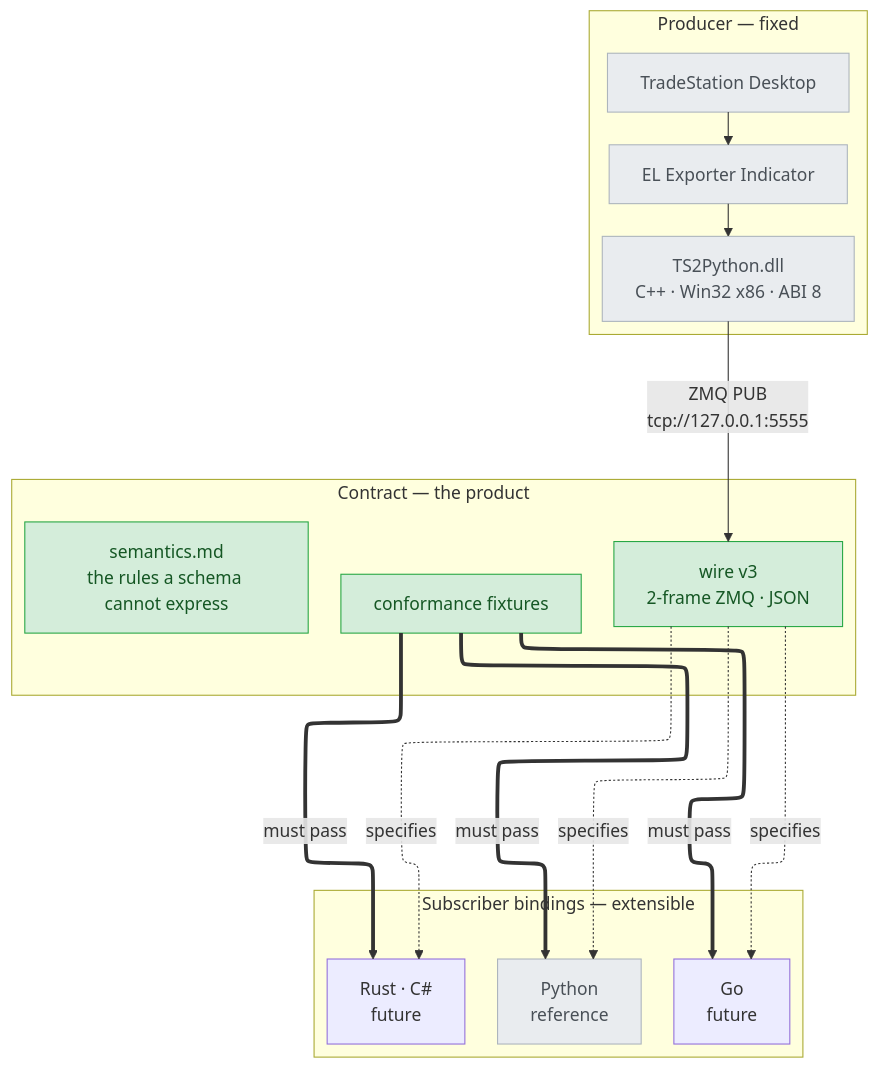
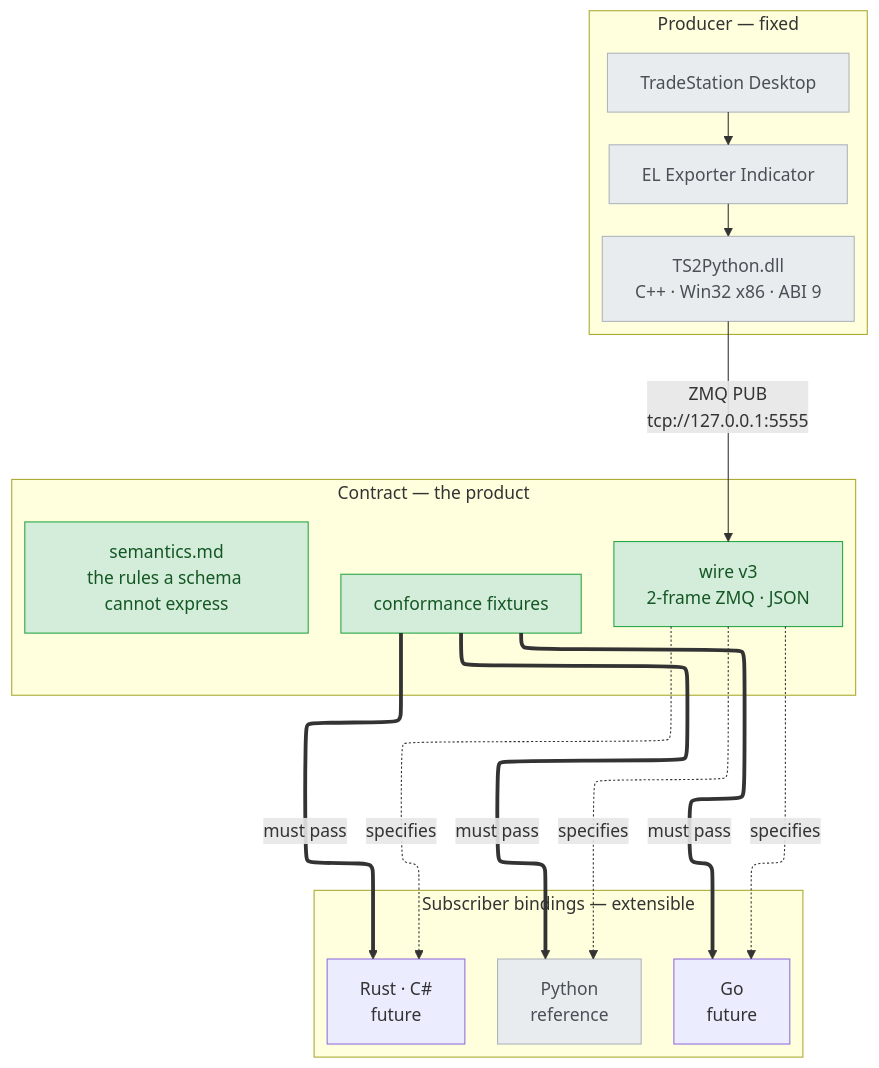
The diagram in README.md (millerlai/tradestation-data-provider), drawn with Mermaid before and after one commit. The commit also changed 47 other files, not shown here.

````diff
--- a/README.md
+++ b/README.md
@@ -14,38 +14,38 @@
 ```mermaid
 ---
 config:
   flowchart:
     defaultRenderer: elk
 ---
 flowchart TB
     subgraph PROD["Producer — fixed"]
         direction TB
         TS["TradeStation Desktop"]
         EL["EL Exporter Indicator"]
-        DLL["TS2Python.dll<br/>C++ · Win32 x86 · ABI 8"]
+        DLL["TS2Python.dll<br/>C++ · Win32 x86 · ABI 9"]
         TS --> EL --> DLL
     end
     subgraph CON["Contract — the product"]
         WIRE["wire v3<br/>2-frame ZMQ · JSON"]
         SEM["semantics.md<br/>the rules a schema cannot express"]
         FIX["conformance fixtures"]
     end
     subgraph BIND["Subscriber bindings — extensible"]
         direction LR
         PY["Python<br/>reference"]
         GO["Go<br/>future"]
         RS["Rust · C#<br/>future"]
     end
     DLL -->|"ZMQ PUB<br/>tcp://127.0.0.1:5555"| WIRE
     WIRE -.->|specifies| PY
     WIRE -.->|specifies| GO
     WIRE -.->|specifies| RS
     FIX ==>|must pass| PY
     FIX ==>|must pass| GO
     FIX ==>|must pass| RS
 
     classDef existing fill:#e9ecef,stroke:#adb5bd,color:#495057
     classDef added fill:#d4edda,stroke:#28a745,color:#155724
     class TS,EL,DLL,PY existing
     class WIRE,SEM,FIX added
 ```
````
